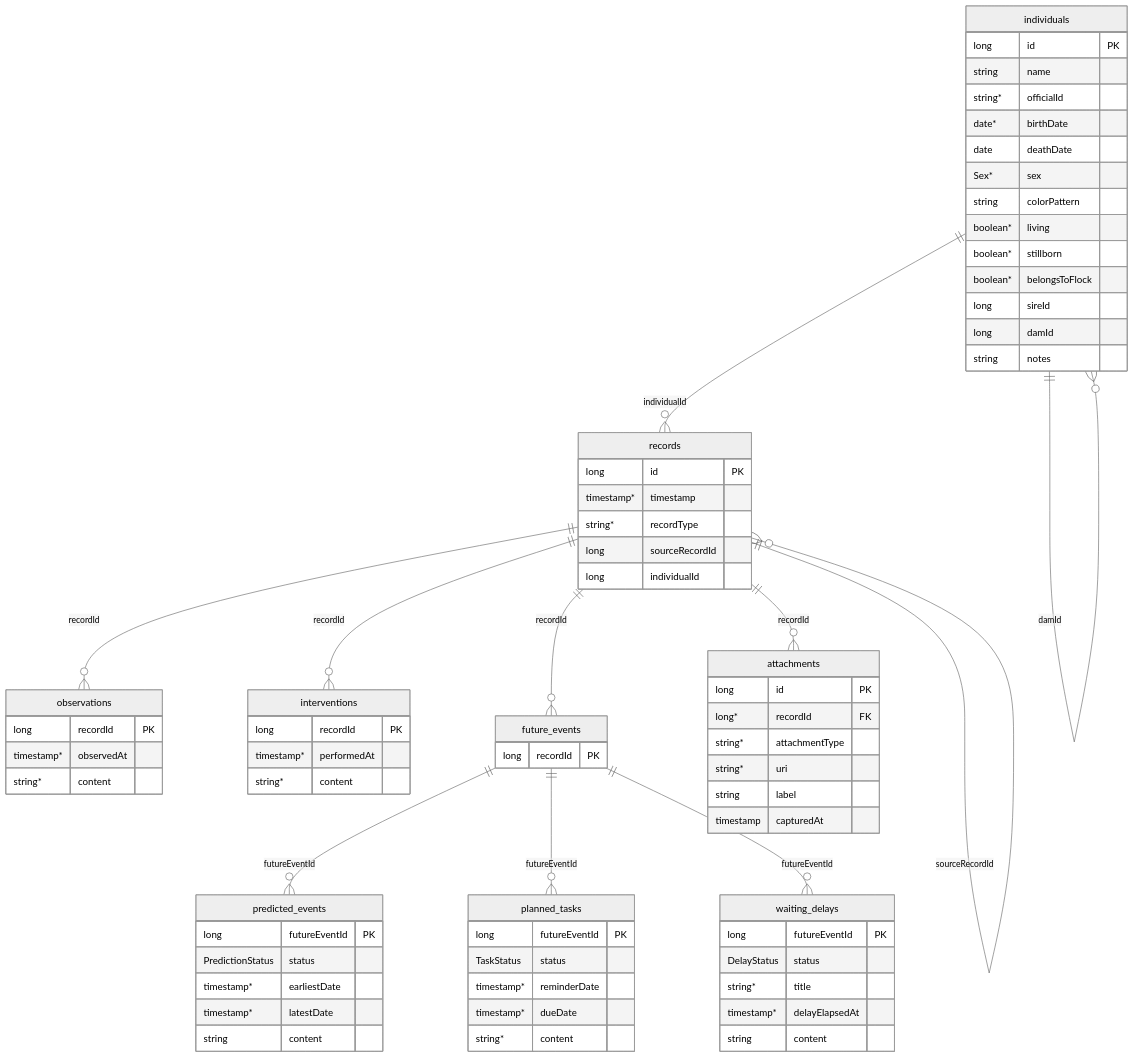
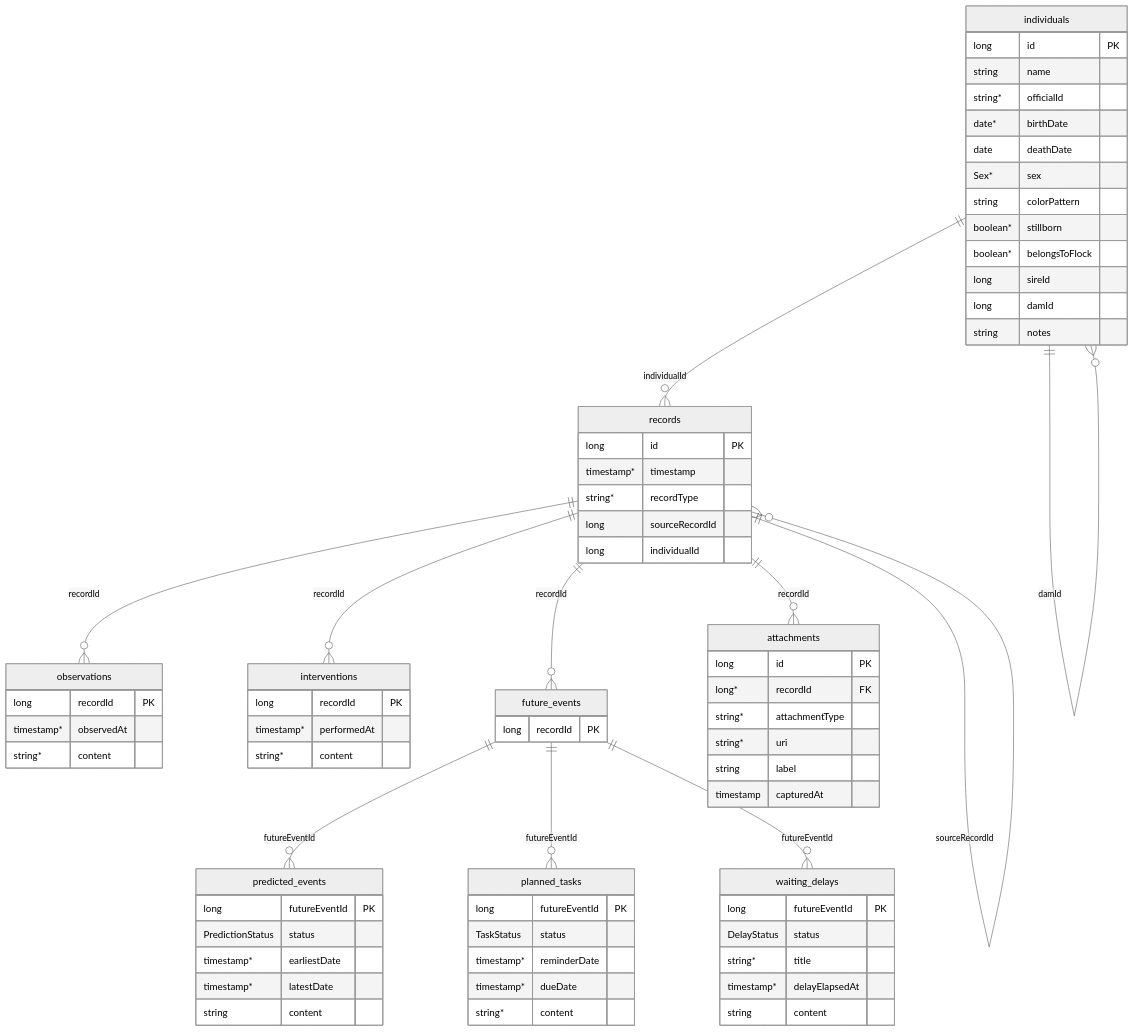
The diagram in docs/specs/mobile-database-schema.md (lyndametref/geep), drawn with Mermaid (neutral theme) before and after one commit. The commit also changed 19 other files, not shown here.

````diff
--- a/docs/specs/mobile-database-schema.md
+++ b/docs/specs/mobile-database-schema.md
@@ -3,80 +3,79 @@
 ```mermaid
 erDiagram
     individuals {
         long id PK
         string name
         string* officialId
         date* birthDate
         date deathDate
         Sex* sex
         string colorPattern
-        boolean* living
         boolean* stillborn
         boolean* belongsToFlock
         long sireId
         long damId
         string notes
     }
     records {
         long id PK
         timestamp* timestamp
         string* recordType
         long sourceRecordId
         long individualId
     }
     observations {
         long recordId PK
         timestamp* observedAt
         string* content
     }
     interventions {
         long recordId PK
         timestamp* performedAt
         string* content
     }
     future_events {
         long recordId PK
     }
     predicted_events {
         long futureEventId PK
         PredictionStatus status
         timestamp* earliestDate
         timestamp* latestDate
         string content
     }
     planned_tasks {
         long futureEventId PK
         TaskStatus status
         timestamp* reminderDate
         timestamp* dueDate
         string* content
     }
     waiting_delays {
         long futureEventId PK
         DelayStatus status
         string* title
         timestamp* delayElapsedAt
         string content
     }
     attachments {
         long id PK
         long* recordId FK
         string* attachmentType
         string* uri
         string label
         timestamp capturedAt
     }
     individuals ||--o{ records : individualId
     records ||--o{ observations : recordId
     records ||--o{ interventions : recordId
     records ||--o{ future_events : recordId
     records ||--o{ attachments : recordId
     future_events ||--o{ predicted_events : futureEventId
     future_events ||--o{ planned_tasks : futureEventId
     future_events ||--o{ waiting_delays : futureEventId
 
     %% Logical references present in columns but not enforced as Room foreign keys
     individuals ||--o{ individuals : sireId
     individuals ||--o{ individuals : damId
     records ||--o{ records : sourceRecordId
 ```
````
